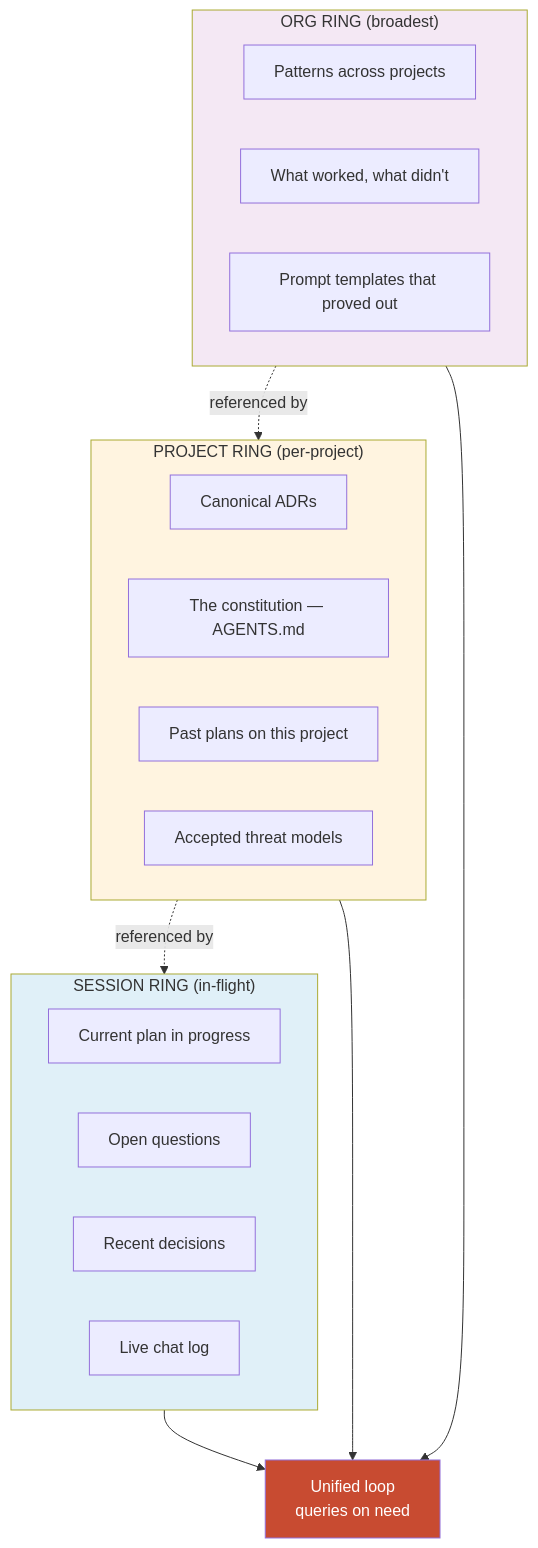
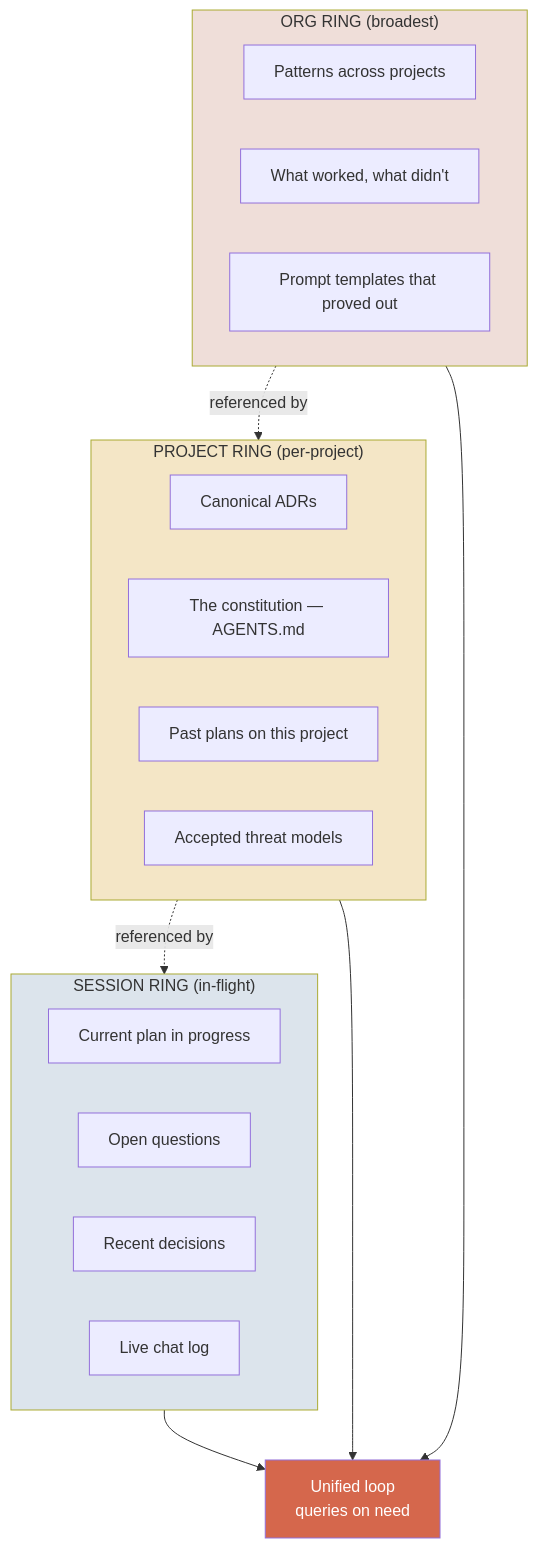
Before and after one commit to nlawstudio/ai-refinement-method: diagram 15 of 17 in METHOD.md, drawn with Mermaid. The commit also changed other lines of this file and 1 other file, not shown here.

````diff
--- a/METHOD.md
+++ b/METHOD.md
@@ -1143,34 +1164,34 @@
 ```mermaid
 flowchart TB
     subgraph Org["ORG RING (broadest)"]
         O1[Patterns across projects]
         O2[What worked, what didn't]
         O3[Prompt templates that proved out]
     end
 
     subgraph Project["PROJECT RING (per-project)"]
         P1[Canonical ADRs]
         P2[The constitution — AGENTS.md]
         P3[Past plans on this project]
         P4[Accepted threat models]
     end
 
     subgraph Session["SESSION RING (in-flight)"]
         S1[Current plan in progress]
         S2[Open questions]
         S3[Recent decisions]
         S4[Live chat log]
     end
 
     Org -.referenced by.-> Project
     Project -.referenced by.-> Session
 
     Session --> Loop[Unified loop<br/>queries on need]
     Project --> Loop
     Org --> Loop
 
-    style Loop fill:#C84B31,color:#fff
-    style Org fill:#f4e8f4
-    style Project fill:#fff4e0
-    style Session fill:#e0f0f8
+    style Loop fill:#D5674C,color:#fff
+    style Org fill:#EFDED9
+    style Project fill:#F4E6C6
+    style Session fill:#DCE4EC
 ```
````
